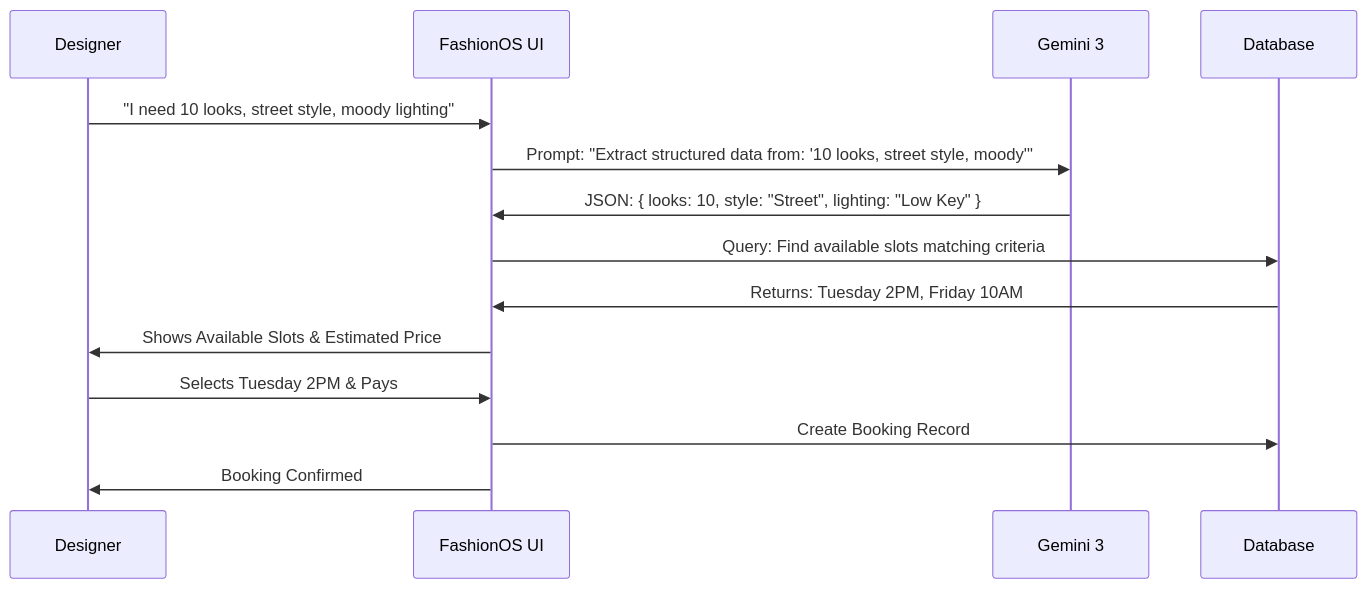
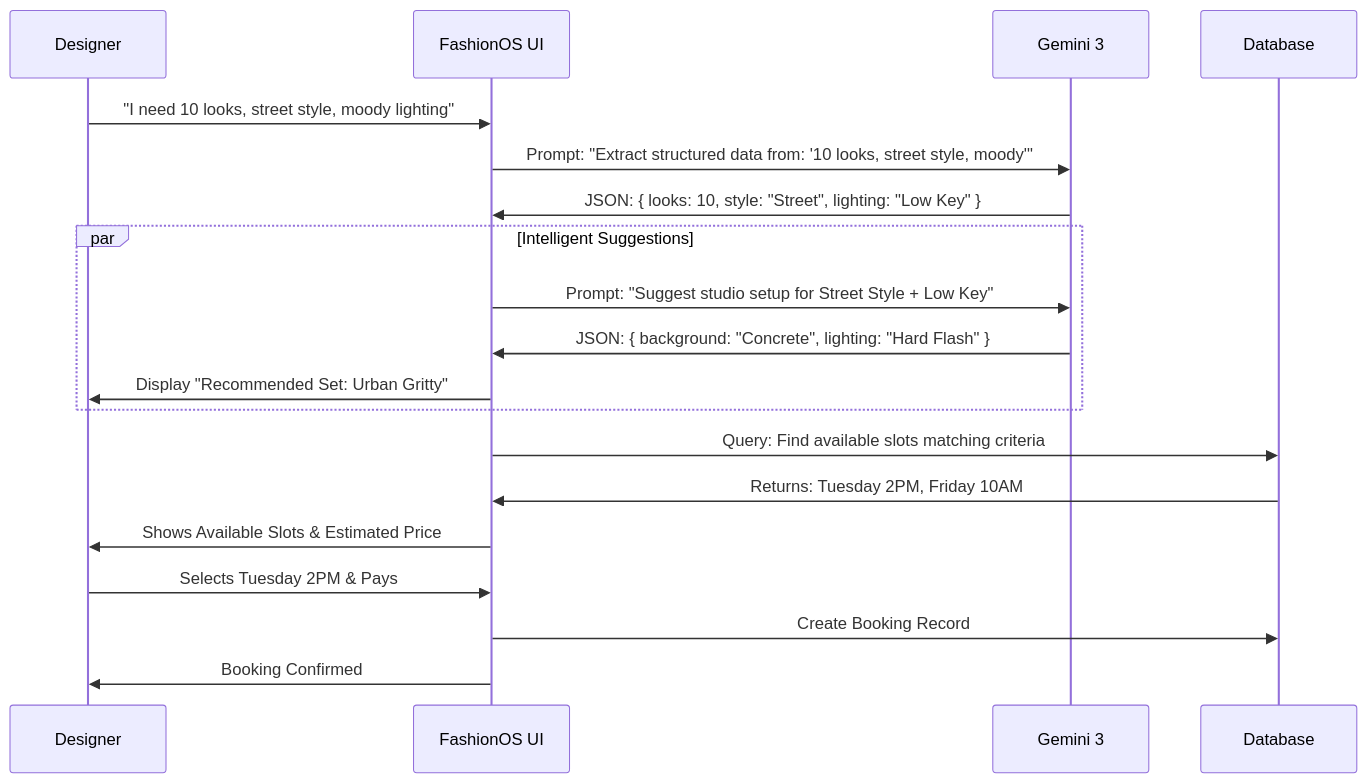
Before and after one commit to amo-tech-ai/fashionos100: the second of 2 diagrams in docs/01-shoot-booking-plan.md, drawn with Mermaid. The commit also changed other lines of this file and 3 other files, not shown here.

````diff
--- a/docs/01-shoot-booking-plan.md
+++ b/docs/01-shoot-booking-plan.md
@@ -137,17 +143,24 @@
 ```mermaid
 sequenceDiagram
     participant Designer
     participant UI as FashionOS UI
     participant AI as Gemini 3
     participant DB as Database
 
     Designer->>UI: "I need 10 looks, street style, moody lighting"
     UI->>AI: Prompt: "Extract structured data from: '10 looks, street style, moody'"
     AI->>UI: JSON: { looks: 10, style: "Street", lighting: "Low Key" }
+    
+    par Intelligent Suggestions
+        UI->>AI: Prompt: "Suggest studio setup for Street Style + Low Key"
+        AI->>UI: JSON: { background: "Concrete", lighting: "Hard Flash" }
+        UI->>Designer: Display "Recommended Set: Urban Gritty"
+    end
+
     UI->>DB: Query: Find available slots matching criteria
     DB->>UI: Returns: Tuesday 2PM, Friday 10AM
     UI->>Designer: Shows Available Slots & Estimated Price
     Designer->>UI: Selects Tuesday 2PM & Pays
     UI->>DB: Create Booking Record
     UI->>Designer: Booking Confirmed
 ```
````
